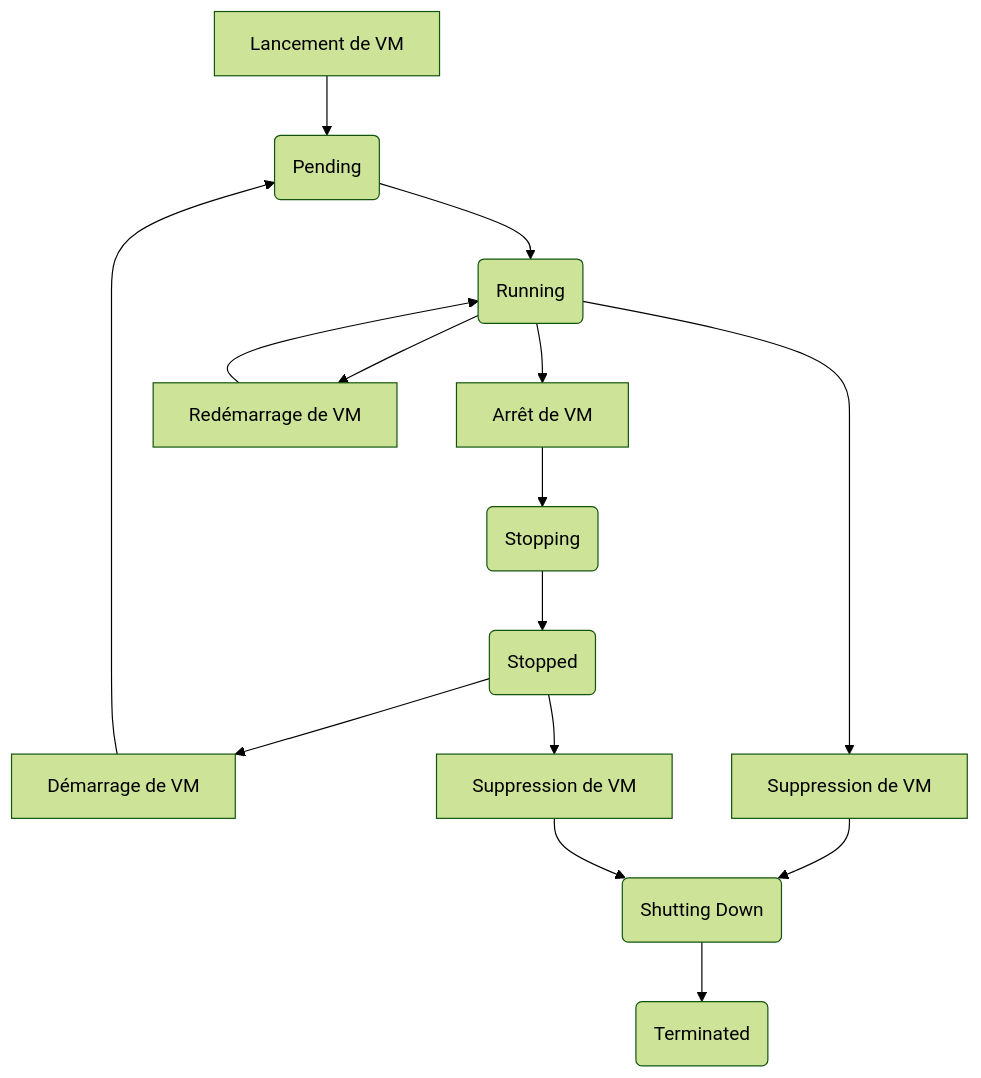
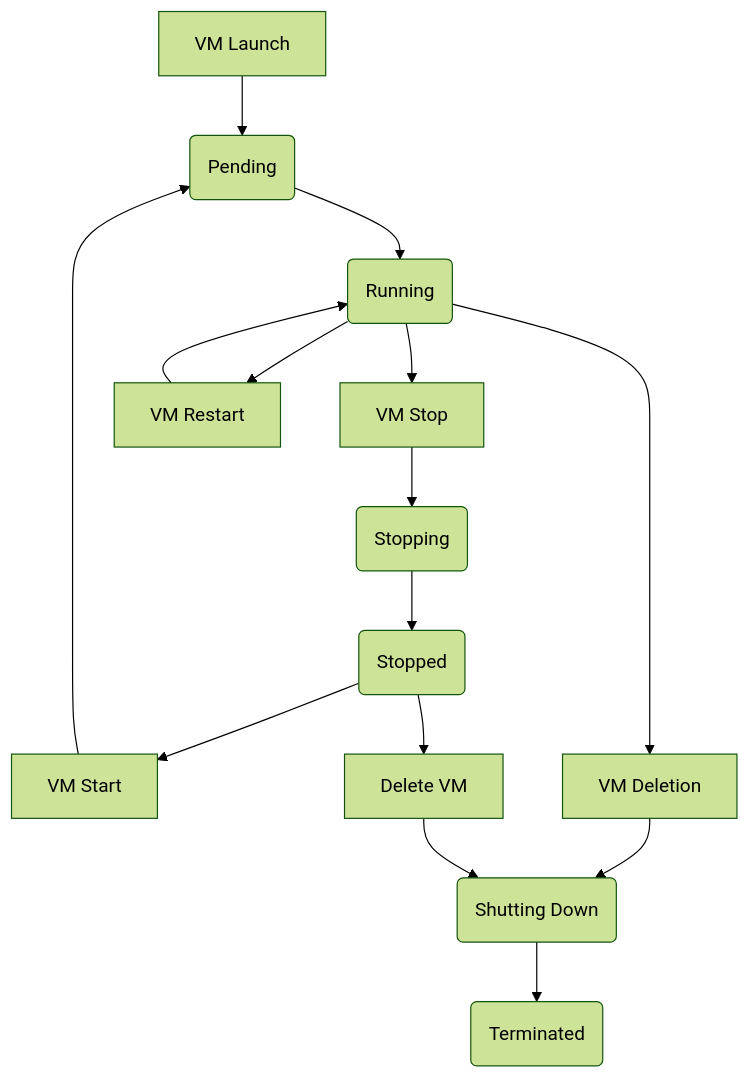
The diagram in docs/docs/compute/vms/lifecycle.mdx (numspot/docs), drawn with Mermaid (forest theme) before and after one commit. The commit also changed other lines of this file and 965 other files, not shown here.

````diff
--- a/docs/docs/compute/vms/lifecycle.mdx
+++ b/docs/docs/compute/vms/lifecycle.mdx
@@ -12,18 +12,18 @@
 ```mermaid
 graph TD
-    A[Lancement de VM] --> B(Pending)
+    A[VM Launch] --> B(Pending)
     B --> C(Running)
-    C --> D[Arrêt de VM]
+    C --> D[VM Stop]
     D --> E(Stopping)
     E --> F(Stopped)
-    F --> G[Démarrage de VM]
+    F --> G[VM Start]
     G --> B
-    C --> H[Redémarrage de VM]
+    C --> H[VM Restart]
     H --> C
-    C --> I[Suppression de VM]
+    C --> I[VM Deletion]
     I --> J(Shutting Down)
     J --> K(Terminated)
-    F --> L[Suppression de VM]
+    F --> L[Delete VM]
     L --> J
 
 ```
````
